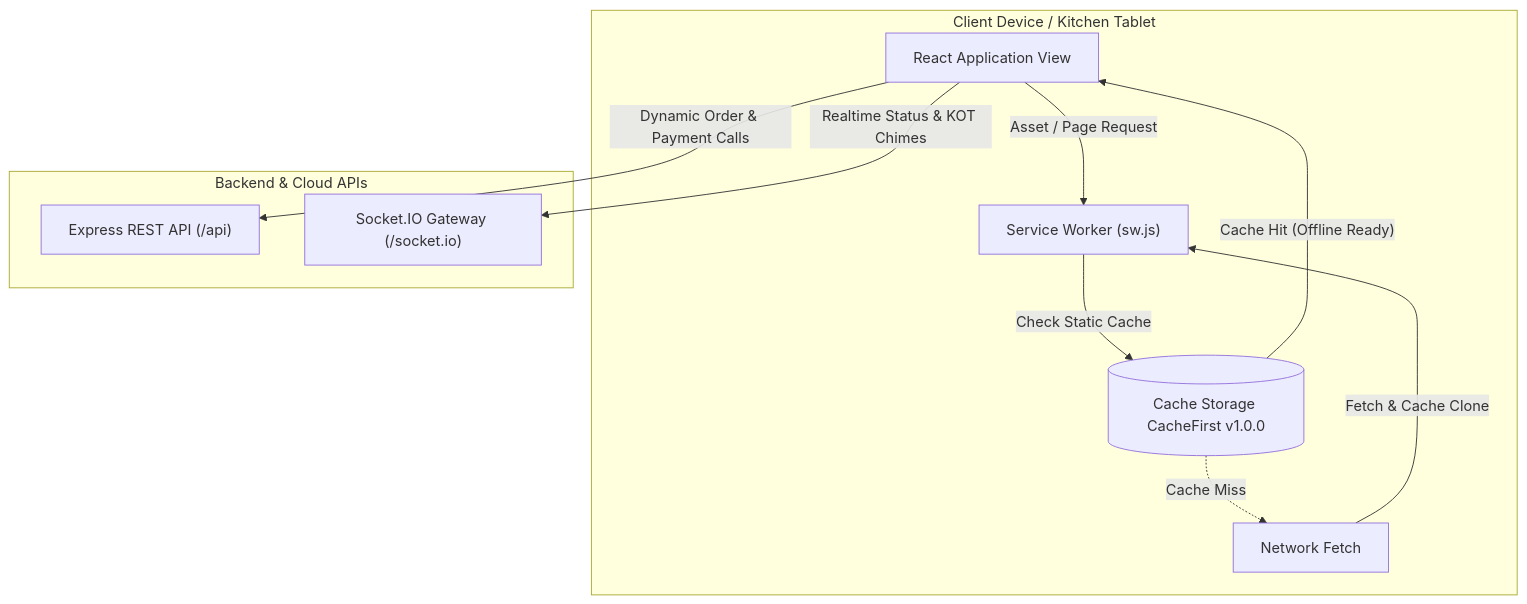
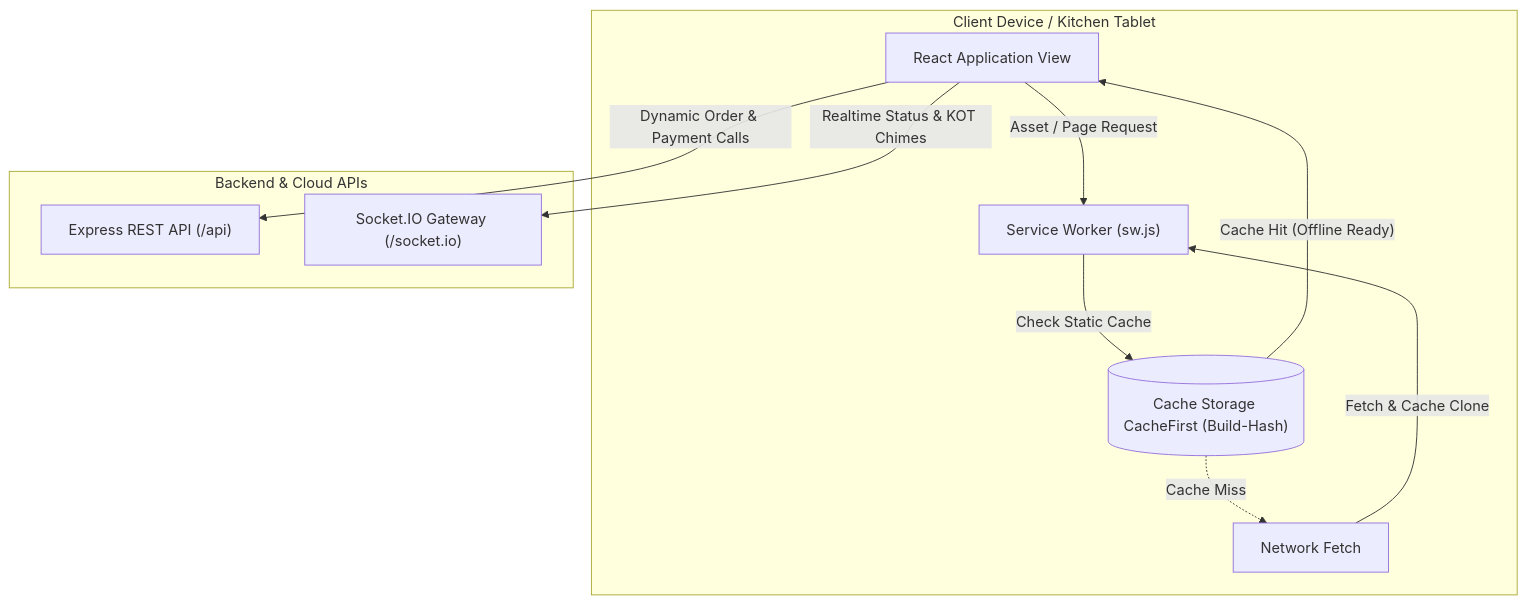
One commit to Anu7276/CAFE_MANAGEMENT_SYSTEM changed the fifth of 6 diagrams in README.md. Above: the diagram before and after it, drawn with Mermaid. The commit also changed other lines of this file, not shown here.

Commit message:
docs(readme): sanitize secrets, update test suites manifest, build-hash cache docs, and align CI diagram

````diff
--- a/README.md
+++ b/README.md
@@ -368,23 +381,23 @@
 ```mermaid
 flowchart TD
     subgraph Browser ["Client Device / Kitchen Tablet"]
         UI["React Application View"]
         SW["Service Worker (sw.js)"]
-        CACHE[("Cache Storage CacheFirst v1.0.0")]
+        CACHE[("Cache Storage CacheFirst (Build-Hash)")]
         NET["Network Fetch"]
     end
 
     subgraph ServerSide ["Backend & Cloud APIs"]
         API["Express REST API (/api)"]
         WSS["Socket.IO Gateway (/socket.io)"]
     end
 
     UI -->|"Asset / Page Request"| SW
     SW -->|"Check Static Cache"| CACHE
     CACHE -->|"Cache Hit (Offline Ready)"| UI
     CACHE -.->|"Cache Miss"| NET
     NET -->|"Fetch & Cache Clone"| SW
 
     UI -->|"Dynamic Order & Payment Calls"| API
     UI -->|"Realtime Status & KOT Chimes"| WSS
 ```
````
